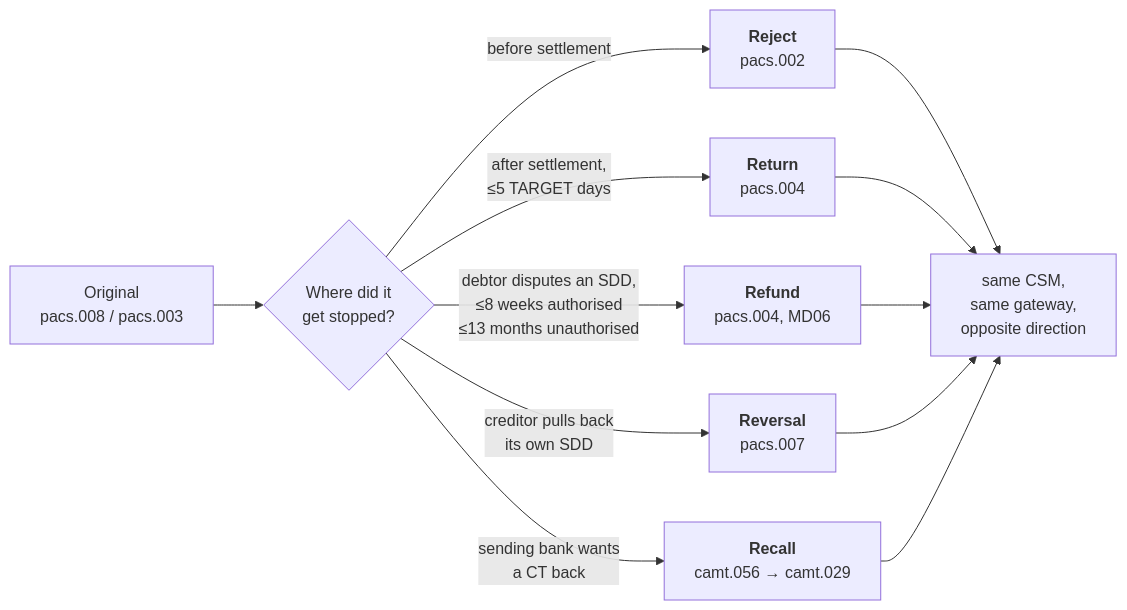
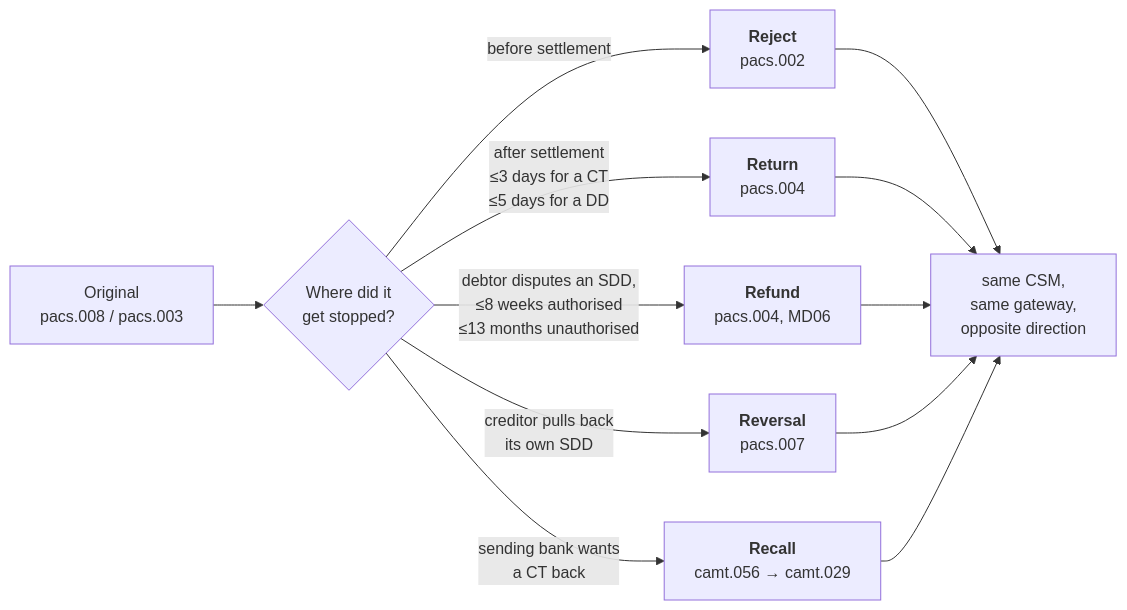
One commit to raphi011/cbs changed diagram 15 of 16 in docs/sepa-real-world.md. Above: the diagram before and after it, drawn with Mermaid. The commit also changed other lines of this file, not shown here.

````diff
--- a/docs/sepa-real-world.md
+++ b/docs/sepa-real-world.md
@@ -514,11 +824,11 @@
 ```mermaid
 flowchart LR
     A["Original<br/>pacs.008 / pacs.003"] --> B{"Where did it<br/>get stopped?"}
     B -->|"before settlement"| R1["<b>Reject</b><br/>pacs.002"]
-    B -->|"after settlement,<br/>≤5 TARGET days"| R2["<b>Return</b><br/>pacs.004"]
+    B -->|"after settlement<br/>≤3 days for a CT<br/>≤5 days for a DD"| R2["<b>Return</b><br/>pacs.004"]
     B -->|"debtor disputes an SDD,<br/>≤8 weeks authorised<br/>≤13 months unauthorised"| R3["<b>Refund</b><br/>pacs.004, MD06"]
     B -->|"creditor pulls back<br/>its own SDD"| R4["<b>Reversal</b><br/>pacs.007"]
     B -->|"sending bank wants<br/>a CT back"| R5["<b>Recall</b><br/>camt.056 → camt.029"]
 
     R1 & R2 & R3 & R4 & R5 --> OUT["same CSM,<br/>same gateway,<br/>opposite direction"]
 ```
````
